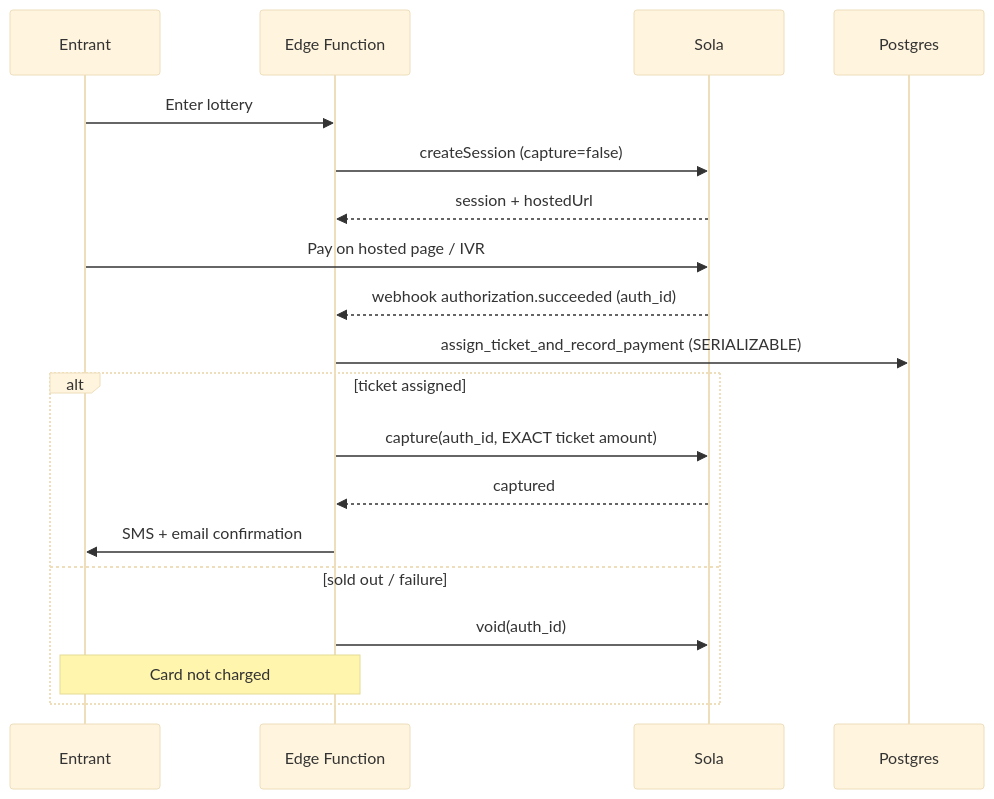
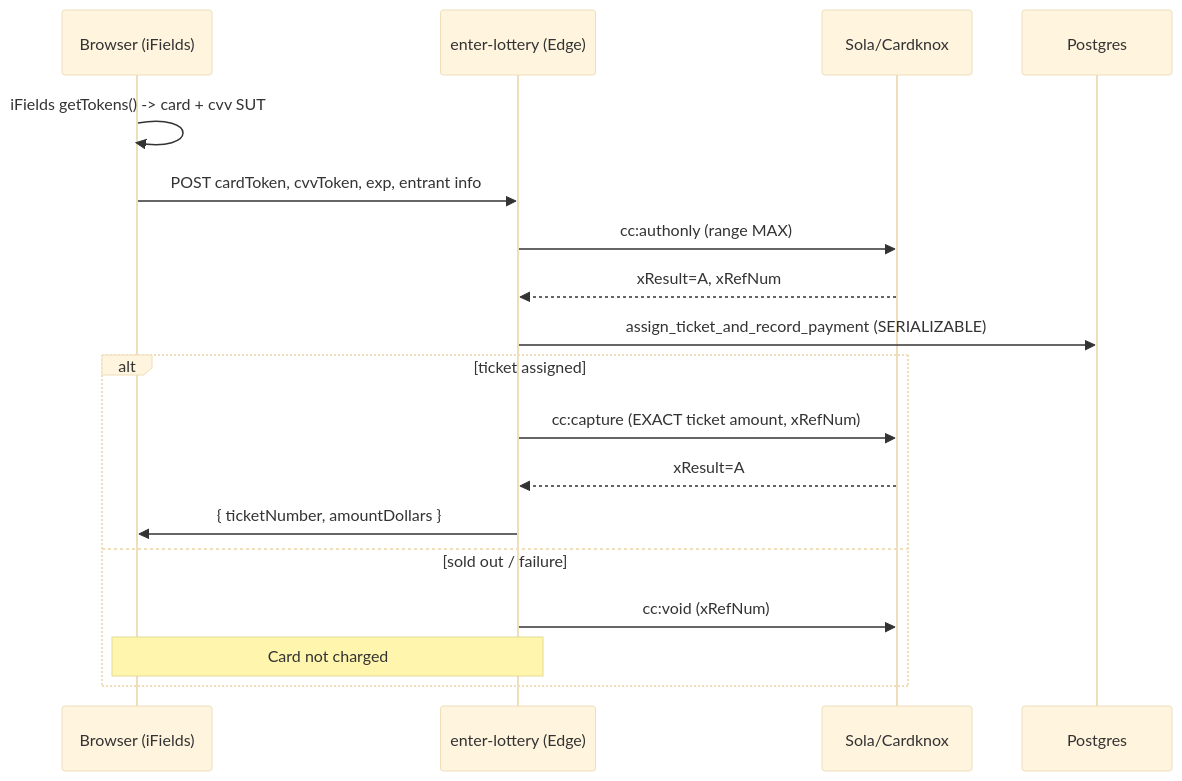
One commit to maamarmordechaibp/lotto changed the diagram in docs/SOLA_PAYMENTS.md. Above: the diagram before and after it, drawn with Mermaid (base theme). The commit also changed other lines of this file and 19 other files, not shown here.

Commit message:
Rewrite payments to real Sola/Cardknox API (iFields, synchronous, no webhook); fix Cloudflare frontend deploy config

````diff
--- a/docs/SOLA_PAYMENTS.md
+++ b/docs/SOLA_PAYMENTS.md
@@ -22,22 +42,21 @@
 ```mermaid
 sequenceDiagram
-  participant U as Entrant
-  participant B as Edge Function
-  participant S as Sola
+  participant U as Browser (iFields)
+  participant B as enter-lottery (Edge)
+  participant S as Sola/Cardknox
   participant DB as Postgres
 
-  U->>B: Enter lottery
-  B->>S: createSession (capture=false)
-  S-->>B: session + hostedUrl
-  U->>S: Pay on hosted page / IVR
-  S-->>B: webhook authorization.succeeded (auth_id)
+  U->>U: iFields getTokens() -> card + cvv SUT
+  U->>B: POST cardToken, cvvToken, exp, entrant info
+  B->>S: cc:authonly (range MAX)
+  S-->>B: xResult=A, xRefNum
   B->>DB: assign_ticket_and_record_payment (SERIALIZABLE)
   alt ticket assigned
-    B->>S: capture(auth_id, EXACT ticket amount)
-    S-->>B: captured
-    B->>U: SMS + email confirmation
+    B->>S: cc:capture (EXACT ticket amount, xRefNum)
+    S-->>B: xResult=A
+    B->>U: { ticketNumber, amountDollars }
   else sold out / failure
-    B->>S: void(auth_id)
+    B->>S: cc:void (xRefNum)
     Note over B,U: Card not charged
   end
 ```
````
